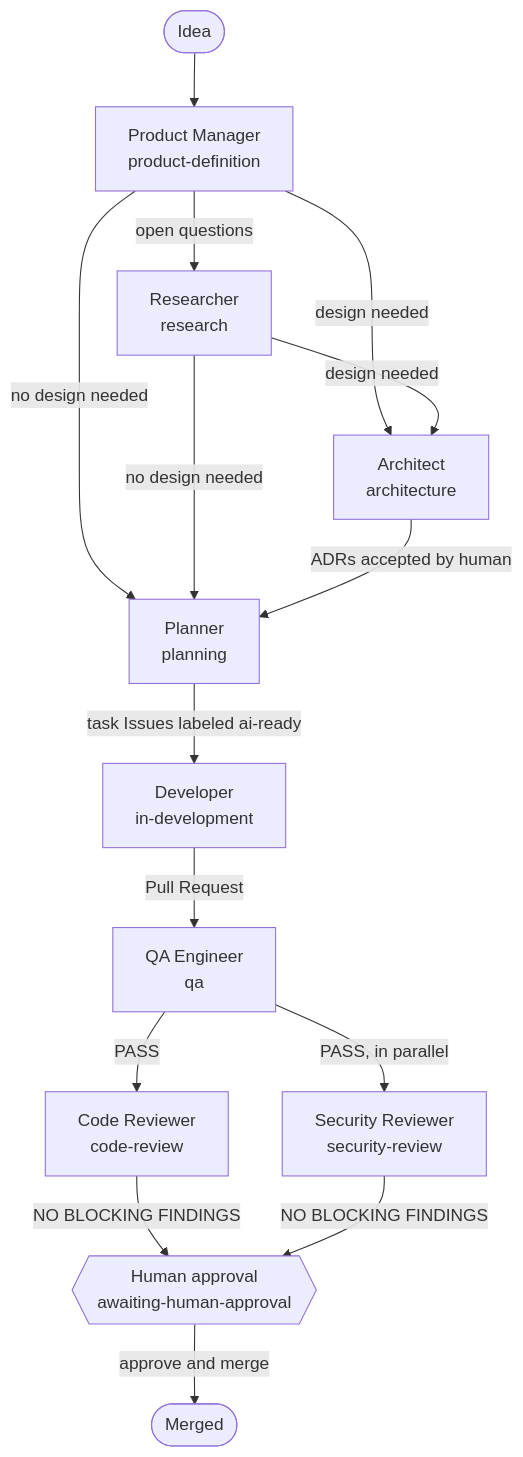
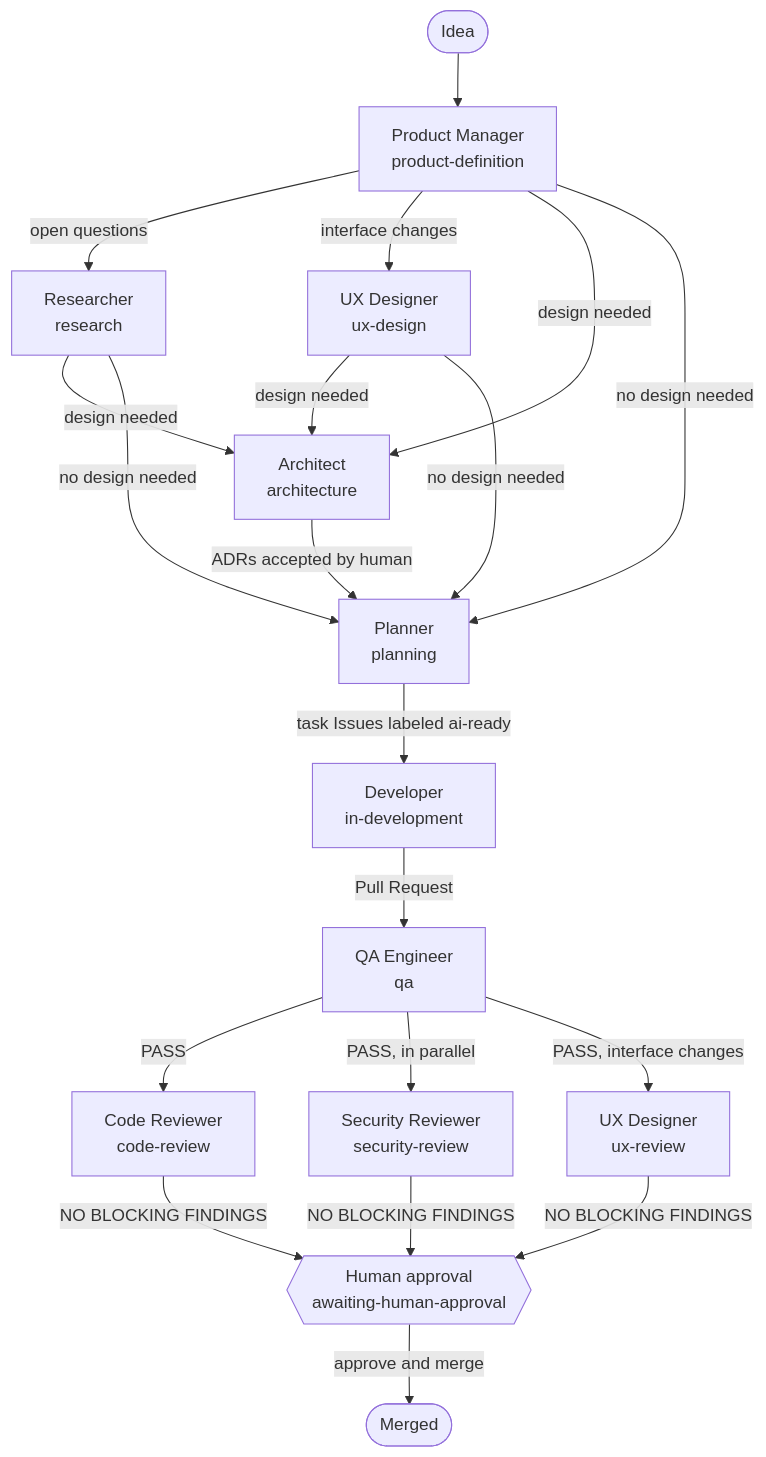
The first of 5 diagrams in docs/workflow.md (eliangilsierra/openhands-agent-team), drawn with Mermaid before and after one commit. The commit also changed other lines of this file and 15 other files, not shown here.

````diff
--- a/docs/workflow.md
+++ b/docs/workflow.md
@@ -14,17 +14,22 @@
 ```mermaid
 flowchart TD
     idea([Idea]) --> pm[Product Manager<br/>product-definition]
     pm -->|open questions| rs[Researcher<br/>research]
+    pm -->|interface changes| ux[UX Designer<br/>ux-design]
+    ux -->|design needed| ar
+    ux -->|no design needed| pl
     pm -->|design needed| ar[Architect<br/>architecture]
     pm -->|no design needed| pl[Planner<br/>planning]
     rs -->|design needed| ar
     rs -->|no design needed| pl
     ar -->|ADRs accepted by human| pl
     pl -->|task Issues labeled ai-ready| dev[Developer<br/>in-development]
     dev -->|Pull Request| qa[QA Engineer<br/>qa]
     qa -->|PASS| cr[Code Reviewer<br/>code-review]
     qa -->|PASS, in parallel| sr[Security Reviewer<br/>security-review]
+    qa -->|PASS, interface changes| uxr[UX Designer<br/>ux-review]
     cr -->|NO BLOCKING FINDINGS| ha{{Human approval<br/>awaiting-human-approval}}
     sr -->|NO BLOCKING FINDINGS| ha
+    uxr -->|NO BLOCKING FINDINGS| ha
     ha -->|approve and merge| merged([Merged])
 ```
````
